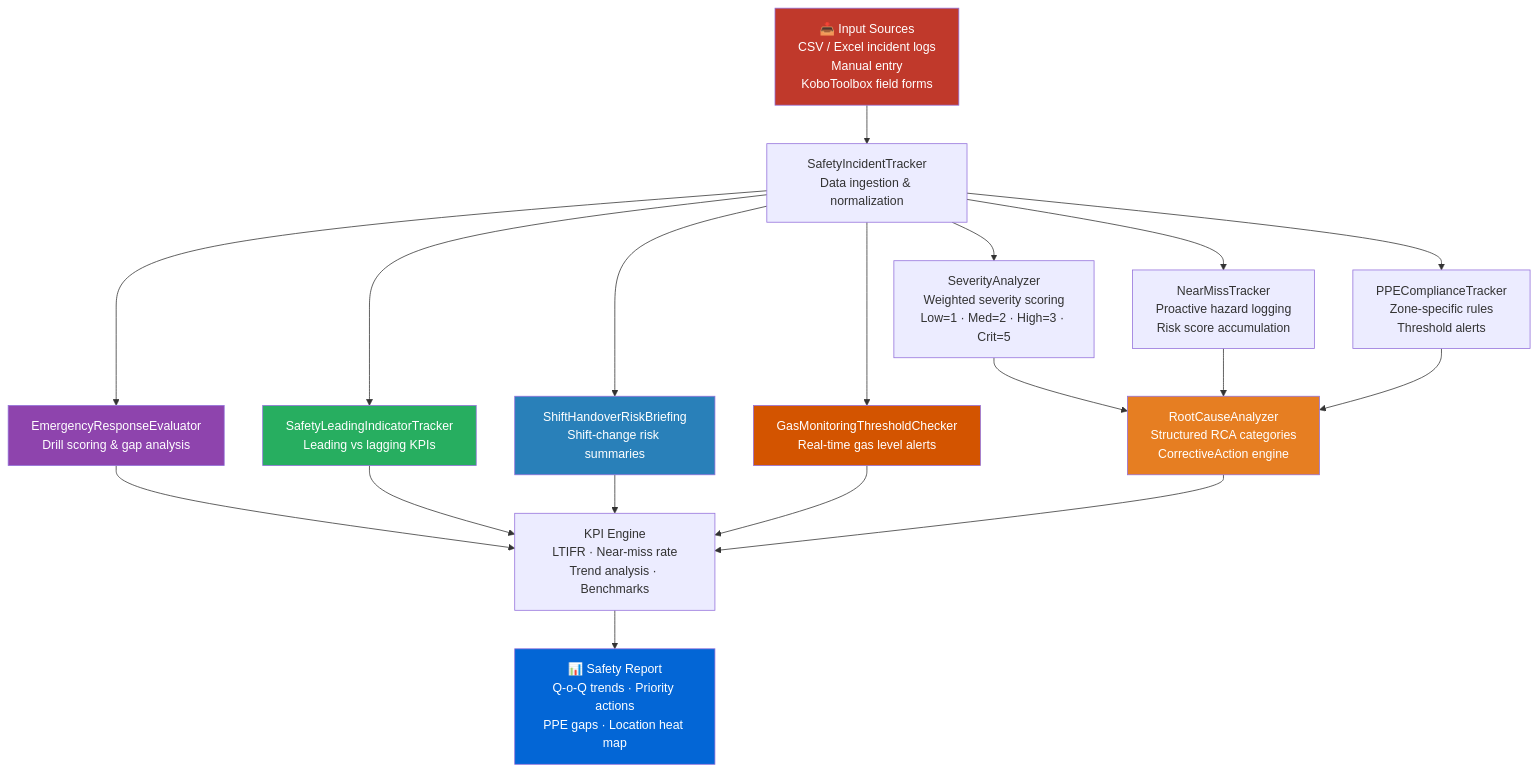
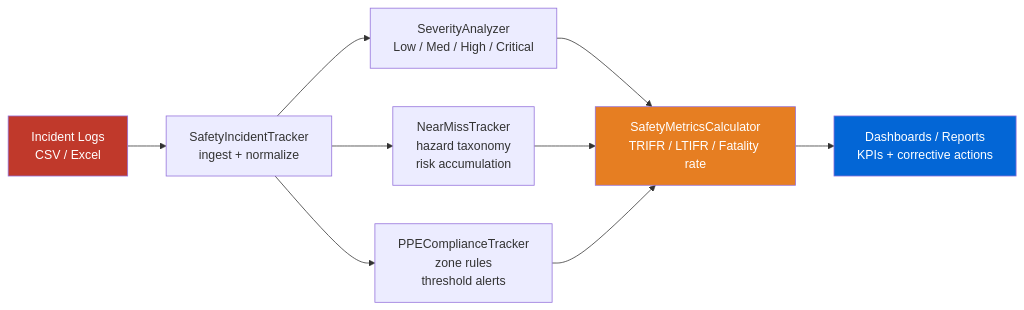
One commit to achmadnaufal/mine-safety-incident-tracker changed the diagram in README.md. Above: the diagram before and after it, drawn with Mermaid. The commit also changed other lines of this file and 1 other file, not shown here.

Commit message:
docs: add demo output, CLI usage, and architecture diagram

````diff
--- a/README.md
+++ b/README.md
@@ -99,28 +81,15 @@
 ```mermaid
-graph TD
-    A[📥 Input Sources\nCSV / Excel incident logs\nManual entry\nKoboToolbox field forms] --> B[SafetyIncidentTracker\nData ingestion & normalization]
-    B --> C[SeverityAnalyzer\nWeighted severity scoring\nLow=1 · Med=2 · High=3 · Crit=5]
-    B --> D[NearMissTracker\nProactive hazard logging\nRisk score accumulation]
-    B --> E[PPEComplianceTracker\nZone-specific rules\nThreshold alerts]
-    B --> I[EmergencyResponseEvaluator\nDrill scoring & gap analysis]
-    B --> J[SafetyLeadingIndicatorTracker\nLeading vs lagging KPIs]
-    B --> K[ShiftHandoverRiskBriefing\nShift-change risk summaries]
-    B --> L[GasMonitoringThresholdChecker\nReal-time gas level alerts]
-    C --> F[RootCauseAnalyzer\nStructured RCA categories\nCorrectiveAction engine]
+graph LR
+    A[Incident Logs<br/>CSV / Excel] --> B[SafetyIncidentTracker<br/>ingest + normalize]
+    B --> C[SeverityAnalyzer<br/>Low / Med / High / Critical]
+    B --> D[NearMissTracker<br/>hazard taxonomy<br/>risk accumulation]
+    B --> E[PPEComplianceTracker<br/>zone rules<br/>threshold alerts]
+    C --> F[SafetyMetricsCalculator<br/>TRIFR / LTIFR / Fatality rate]
     D --> F
     E --> F
-    I --> G
-    J --> G
-    K --> G
-    L --> G
-    F --> G[KPI Engine\nLTIFR · Near-miss rate\nTrend analysis · Benchmarks]
-    G --> H[📊 Safety Report\nQ-o-Q trends · Priority actions\nPPE gaps · Location heat map]
+    F --> G[Dashboards / Reports<br/>KPIs + corrective actions]
 
     style A fill:#c0392b,color:#fff
-    style H fill:#0366d6,color:#fff
     style F fill:#e67e22,color:#fff
-    style I fill:#8e44ad,color:#fff
-    style J fill:#27ae60,color:#fff
-    style K fill:#2980b9,color:#fff
-    style L fill:#d35400,color:#fff
+    style G fill:#0366d6,color:#fff
 ```
````
